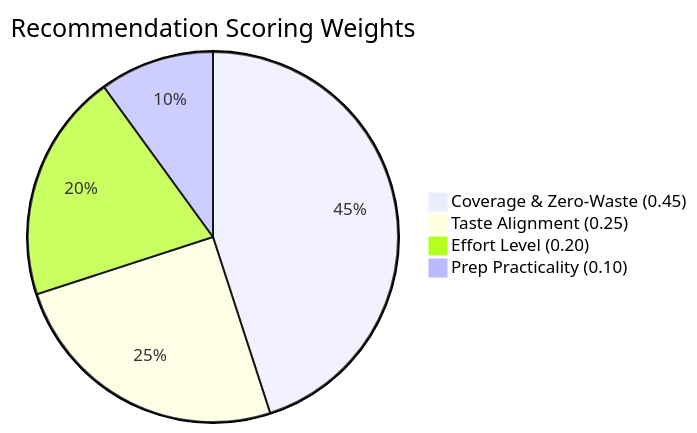
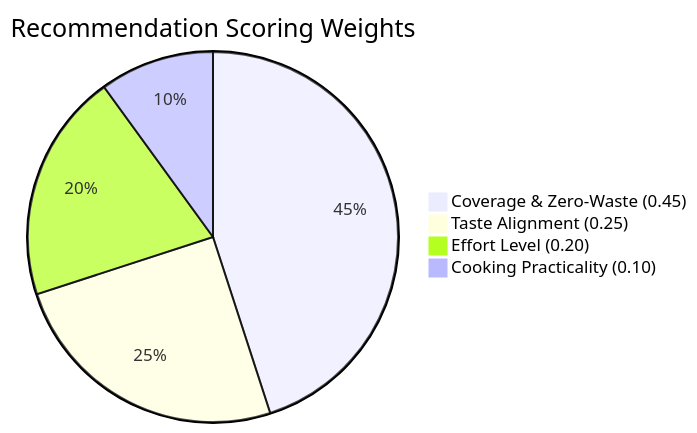
One commit to KhannakPGupta/FridgeMind changed the third of 3 diagrams in README.md. Above: the diagram before and after it, drawn with Mermaid. The commit also changed other lines of this file, not shown here.

````diff
--- a/README.md
+++ b/README.md
@@ -103,7 +203,7 @@
 ```mermaid
 pie title Recommendation Scoring Weights
     "Coverage & Zero-Waste (0.45)" : 45
     "Taste Alignment (0.25)" : 25
     "Effort Level (0.20)" : 20
-    "Prep Practicality (0.10)" : 10
+    "Cooking Practicality (0.10)" : 10
 ```
````
